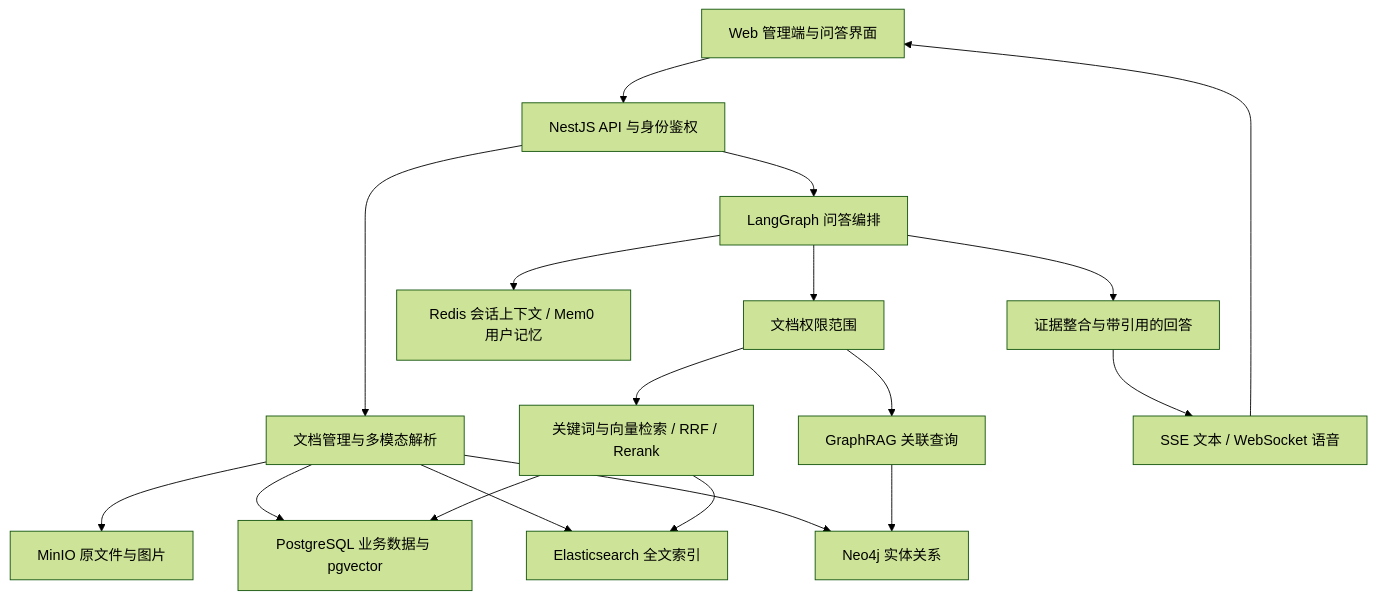
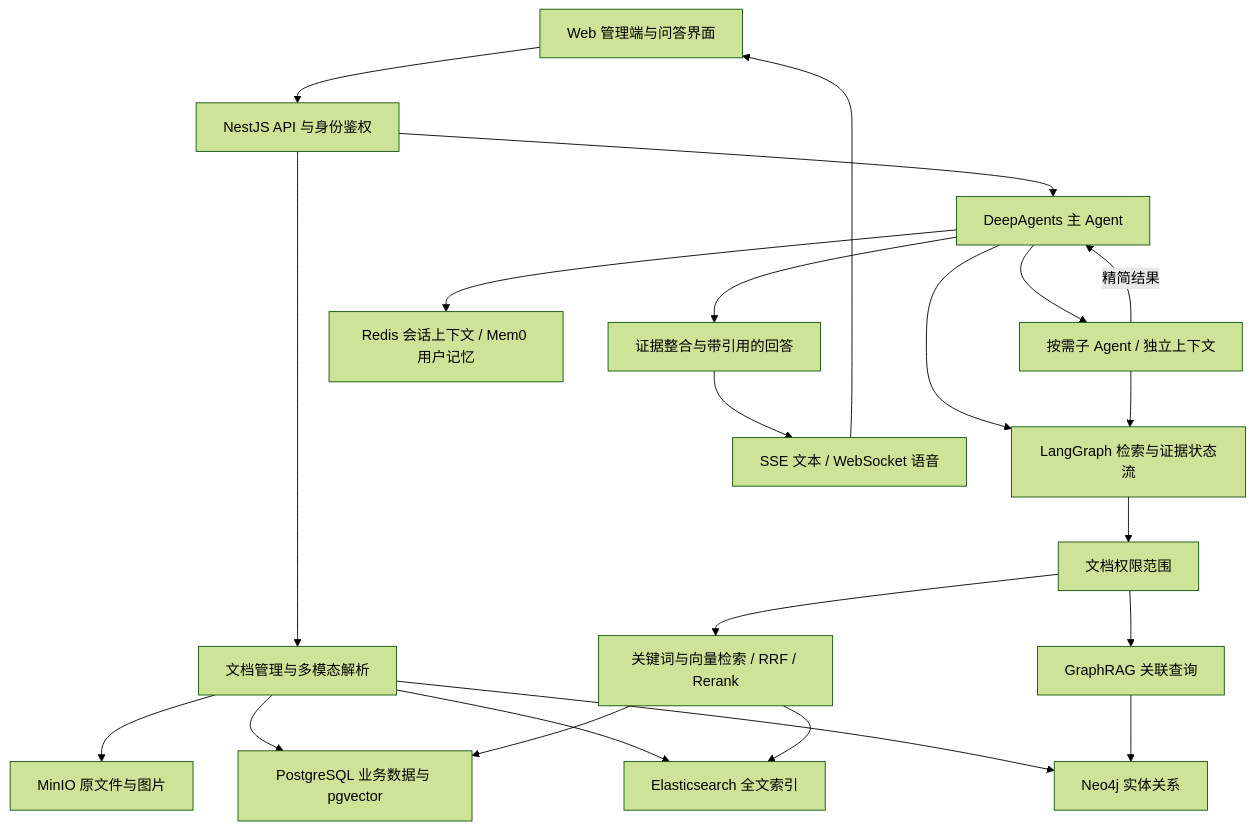
One commit to Drb-code-ing/docresearch-agent changed the diagram in README.md. Above: the diagram before and after it, drawn with Mermaid (forest theme). The commit also changed other lines of this file, not shown here.

Commit message:
docs: clarify DeepAgents orchestration in knowledge platform

````diff
--- a/README.md
+++ b/README.md
@@ -32,20 +32,24 @@
 ```mermaid
 flowchart TD
     Web[Web 管理端与问答界面] --> API[NestJS API 与身份鉴权]
     API --> Docs[文档管理与多模态解析]
-    API --> Agent[LangGraph 问答编排]
+    API --> Agent[DeepAgents 主 Agent]
+    Agent --> Tasks[按需子 Agent / 独立上下文]
+    Tasks -->|精简结果| Agent
+    Agent --> Flow[LangGraph 检索与证据状态流]
+    Tasks --> Flow
     Docs --> Objects[MinIO 原文件与图片]
     Docs --> PG[PostgreSQL 业务数据与 pgvector]
     Docs --> ES[Elasticsearch 全文索引]
     Docs --> Neo[Neo4j 实体关系]
-    Agent --> Scope[文档权限范围]
+    Flow --> Scope[文档权限范围]
     Scope --> Hybrid[关键词与向量检索 / RRF / Rerank]
     Hybrid --> PG
     Hybrid --> ES
     Scope --> Graph[GraphRAG 关联查询]
     Graph --> Neo
     Agent --> Memory[Redis 会话上下文 / Mem0 用户记忆]
     Agent --> Answer[证据整合与带引用的回答]
     Answer --> Stream[SSE 文本 / WebSocket 语音]
     Stream --> Web
 ```
````
